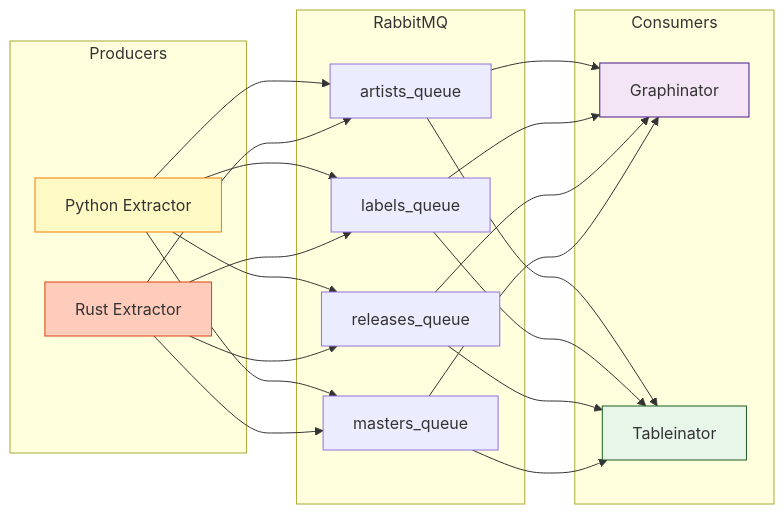
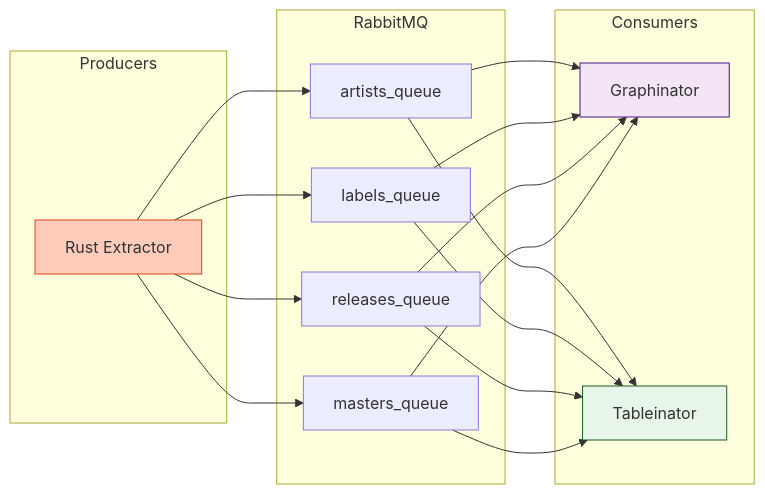
One commit to groovemap-music/deployment changed the second of 2 diagrams in docs/architecture.md. Above: the diagram before and after it, drawn with Mermaid. The commit also changed other lines of this file and 4 other files, not shown here.

````diff
--- a/docs/architecture.md
+++ b/docs/architecture.md
@@ -321,43 +272,36 @@
 ```mermaid
 graph LR
     subgraph Producers
-        PYEXT[Python Extractor]
         RSEXT[Rust Extractor]
     end
 
     subgraph RabbitMQ
         AQ[artists_queue]
         LQ[labels_queue]
         RQ[releases_queue]
         MQ[masters_queue]
     end
 
     subgraph Consumers
         GRAPH[Graphinator]
         TABLE[Tableinator]
     end
 
-    PYEXT --> AQ
-    PYEXT --> LQ
-    PYEXT --> RQ
-    PYEXT --> MQ
-
     RSEXT --> AQ
     RSEXT --> LQ
     RSEXT --> RQ
     RSEXT --> MQ
 
     AQ --> GRAPH
     AQ --> TABLE
     LQ --> GRAPH
     LQ --> TABLE
     RQ --> GRAPH
     RQ --> TABLE
     MQ --> GRAPH
     MQ --> TABLE
 
-    style PYEXT fill:#fff9c4,stroke:#f57c00
     style RSEXT fill:#ffccbc,stroke:#d84315
     style GRAPH fill:#f3e5f5,stroke:#4a148c
     style TABLE fill:#e8f5e9,stroke:#1b5e20
 ```
````
